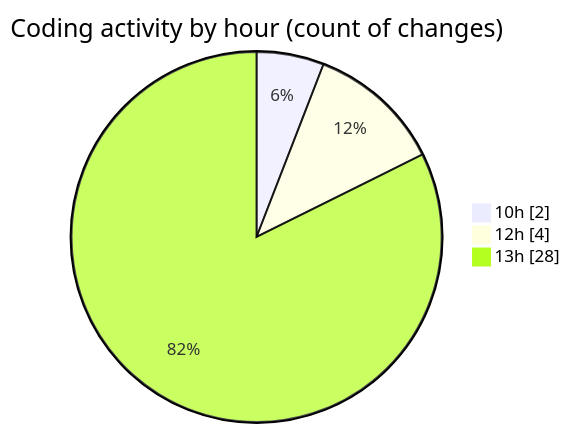
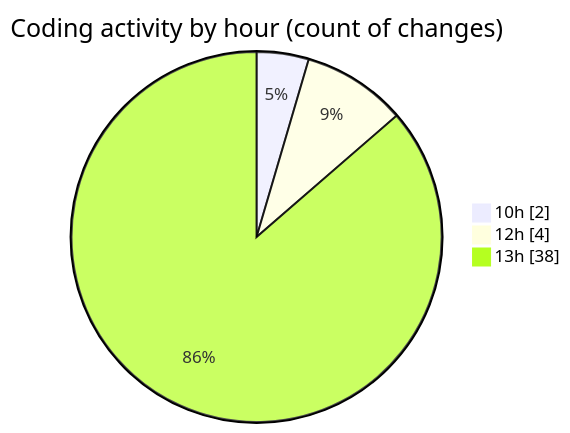
The second of 2 diagrams in 2026-04-30/cda/README.md (momahboobian/code-tracking), drawn with Mermaid before and after one commit. The commit also changed other lines of this file and 1 other file, not shown here.

````diff
--- a/2026-04-30/cda/README.md
+++ b/2026-04-30/cda/README.md
@@ -64,7 +65,7 @@
 ```mermaid
 pie showData
 title Coding activity by hour (count of changes)
 "10h" : 2
 "12h" : 4
-"13h" : 28
+"13h" : 38
 ```
````
